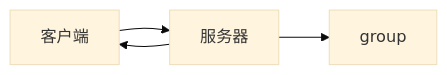
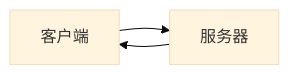
The first of 2 diagrams in 引擎Unreal/06 网络/UE网络精粹.md (layshua/-), drawn with Mermaid (base theme) before and after one commit. The commit also changed other lines of this file, not shown here.

````diff
--- a/引擎Unreal/06 网络/UE网络精粹.md
+++ b/引擎Unreal/06 网络/UE网络精粹.md
@@ -796,6 +797,5 @@
 ```mermaid
 flowchart LR
 	客户端-->服务器
 	服务器-->客户端
-	服务器-->group
 ```
````
